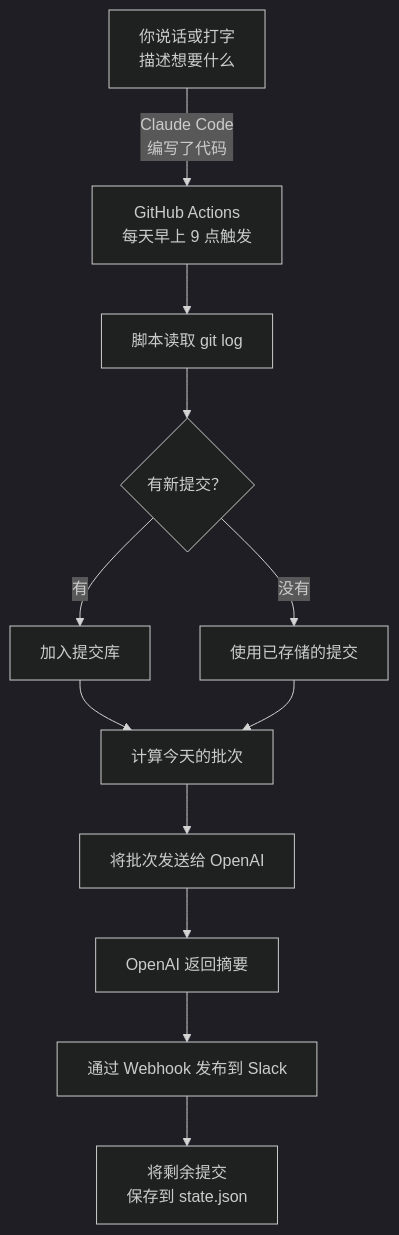
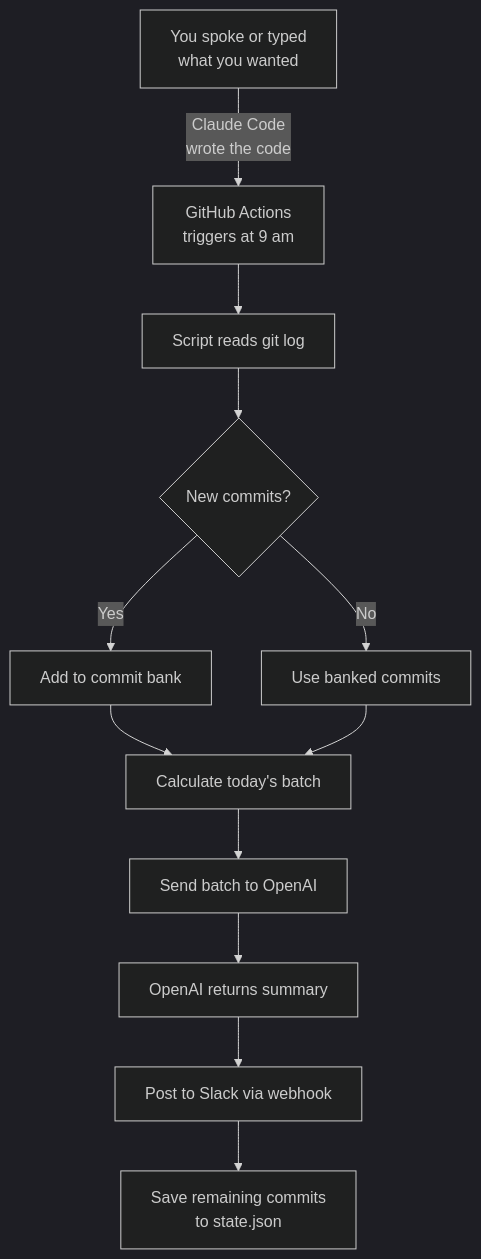
One commit to ChanMeng666/ai-programming-teaching-project changed the diagram in versioned_docs/version-2026-her-waka/tutorial/vibe-coding/whats-next.mdx. Above: the diagram before and after it, drawn with Mermaid (dark theme). The commit also changed other lines of this file and 472 other files, not shown here.

````diff
--- a/versioned_docs/version-2026-her-waka/tutorial/vibe-coding/whats-next.mdx
+++ b/versioned_docs/version-2026-her-waka/tutorial/vibe-coding/whats-next.mdx
@@ -10,14 +10,14 @@
 ```mermaid
 flowchart TD
-    A["你说话或打字\n描述想要什么"] -->|"Claude Code\n编写了代码"| B["GitHub Actions\n每天早上 9 点触发"]
-    B --> C["脚本读取 git log"]
-    C --> D{"有新提交？"}
-    D -->|"有"| E["加入提交库"]
-    D -->|"没有"| F["使用已存储的提交"]
-    E --> G["计算今天的批次"]
+    A["You spoke or typed\nwhat you wanted"] -->|"Claude Code\nwrote the code"| B["GitHub Actions\ntriggers at 9 am"]
+    B --> C["Script reads git log"]
+    C --> D{"New commits?"}
+    D -->|"Yes"| E["Add to commit bank"]
+    D -->|"No"| F["Use banked commits"]
+    E --> G["Calculate today's batch"]
     F --> G
-    G --> H["将批次发送给 OpenAI"]
-    H --> I["OpenAI 返回摘要"]
-    I --> J["通过 Webhook 发布到 Slack"]
-    J --> K["将剩余提交\n保存到 state.json"]
+    G --> H["Send batch to OpenAI"]
+    H --> I["OpenAI returns summary"]
+    I --> J["Post to Slack via webhook"]
+    J --> K["Save remaining commits\nto state.json"]
 ```
````
